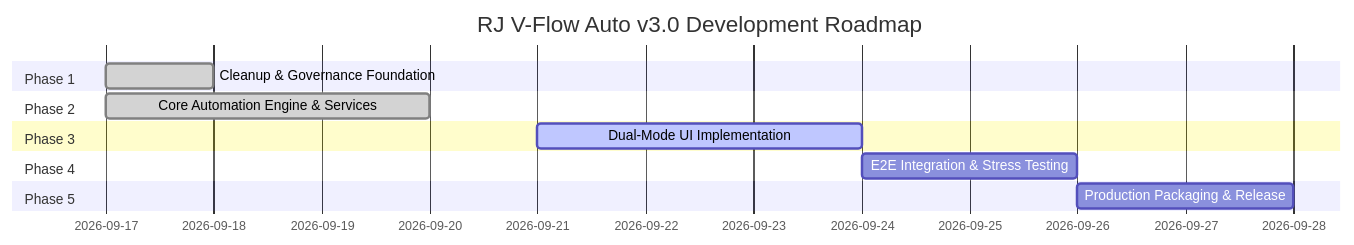
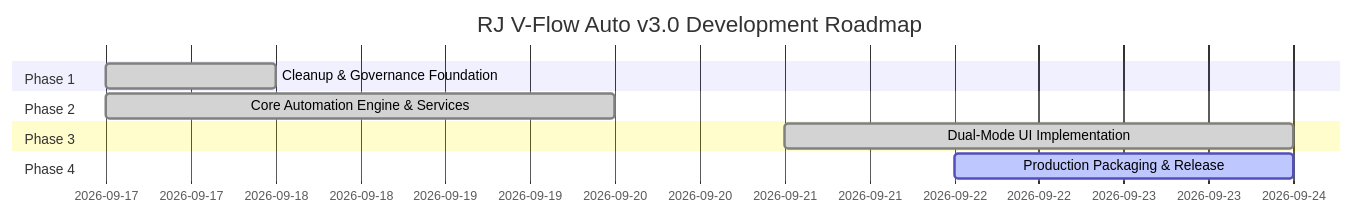
The diagram in docs/ROADMAP.md (riiicil/rj-vflow-auto), drawn with Mermaid before and after one commit. The commit also changed other lines of this file and 6 other files, not shown here.

Commit message:
feat(build): implement production bundler, AST obfuscation, and packaging pipeline

````diff
--- a/docs/ROADMAP.md
+++ b/docs/ROADMAP.md
@@ -9,15 +9,13 @@
 ```mermaid
 gantt
     title RJ V-Flow Auto v3.0 Development Roadmap
     dateFormat  YYYY-MM-DD
     section Phase 1
     Cleanup & Governance Foundation       :done, 2026-09-17, 1d
     section Phase 2
     Core Automation Engine & Services     :done, 2026-09-17, 3d
     section Phase 3
-    Dual-Mode UI Implementation           :active, 2026-09-21, 3d
+    Dual-Mode UI Implementation           :done, 2026-09-21, 3d
     section Phase 4
-    E2E Integration & Stress Testing      :2026-09-24, 2d
-    section Phase 5
-    Production Packaging & Release        :2026-09-26, 2d
+    Production Packaging & Release        :active, 2026-09-22, 2d
 ```
````
